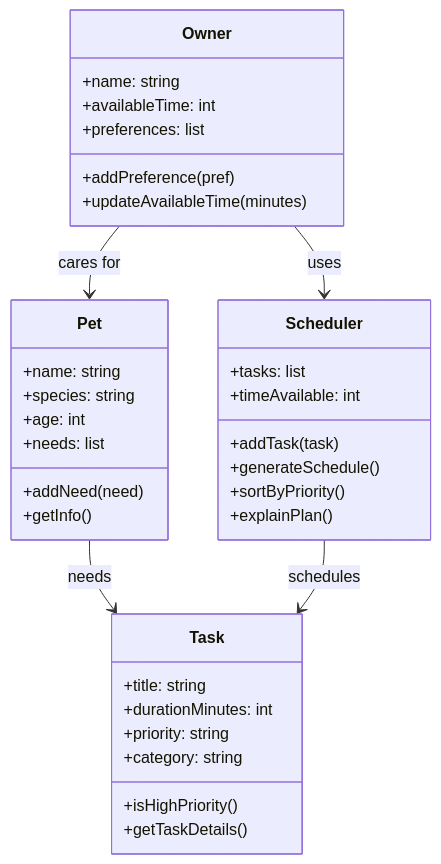
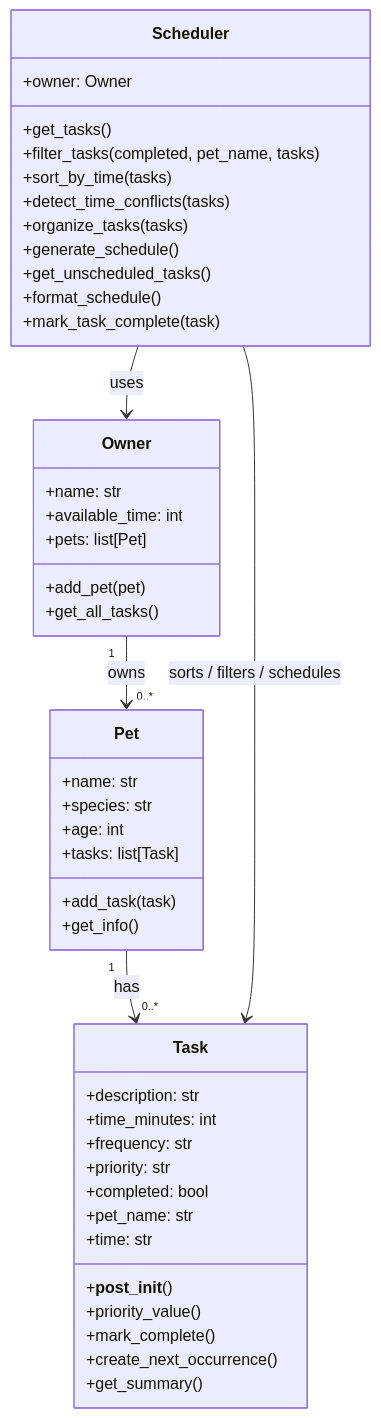
Before and after one commit to emmanuelakwasi/ai110-module2show-pawpal-starter: the diagram in reflection.md, drawn with Mermaid. The commit also changed other lines of this file and 5 other files, not shown here.

````diff
--- a/reflection.md
+++ b/reflection.md
@@ -77,42 +79,52 @@
 ```mermaid
 classDiagram
     class Owner {
-        +name: string
-        +availableTime: int
-        +preferences: list
-        +addPreference(pref)
-        +updateAvailableTime(minutes)
+        +name: str
+        +available_time: int
+        +pets: list[Pet]
+        +add_pet(pet)
+        +get_all_tasks()
     }
 
     class Pet {
-        +name: string
-        +species: string
+        +name: str
+        +species: str
         +age: int
-        +needs: list
-        +addNeed(need)
-        +getInfo()
+        +tasks: list[Task]
+        +add_task(task)
+        +get_info()
     }
 
     class Task {
-        +title: string
-        +durationMinutes: int
-        +priority: string
-        +category: string
-        +isHighPriority()
-        +getTaskDetails()
+        +description: str
+        +time_minutes: int
+        +frequency: str
+        +priority: str
+        +completed: bool
+        +pet_name: str
+        +time: str
+        +__post_init__()
+        +priority_value()
+        +mark_complete()
+        +create_next_occurrence()
+        +get_summary()
     }
 
     class Scheduler {
-        +tasks: list
-        +timeAvailable: int
-        +addTask(task)
-        +generateSchedule()
-        +sortByPriority()
-        +explainPlan()
+        +owner: Owner
+        +get_tasks()
+        +filter_tasks(completed, pet_name, tasks)
+        +sort_by_time(tasks)
+        +detect_time_conflicts(tasks)
+        +organize_tasks(tasks)
+        +generate_schedule()
+        +get_unscheduled_tasks()
+        +format_schedule()
+        +mark_task_complete(task)
     }
 
-    Owner --> Pet : cares for
-    Pet --> Task : needs
-    Scheduler --> Task : schedules
-    Owner --> Scheduler : uses
+    Owner "1" --> "0..*" Pet : owns
+    Pet "1" --> "0..*" Task : has
+    Scheduler --> Owner : uses
+    Scheduler --> Task : sorts / filters / schedules
 ```
````
